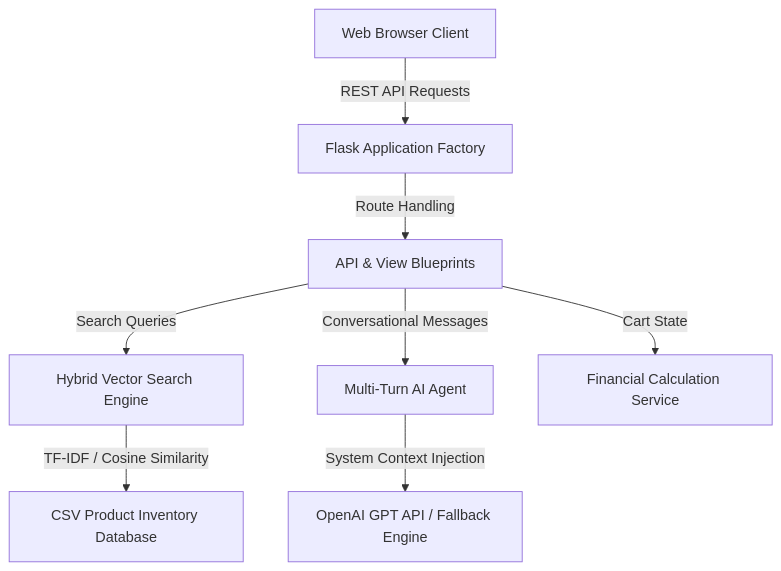
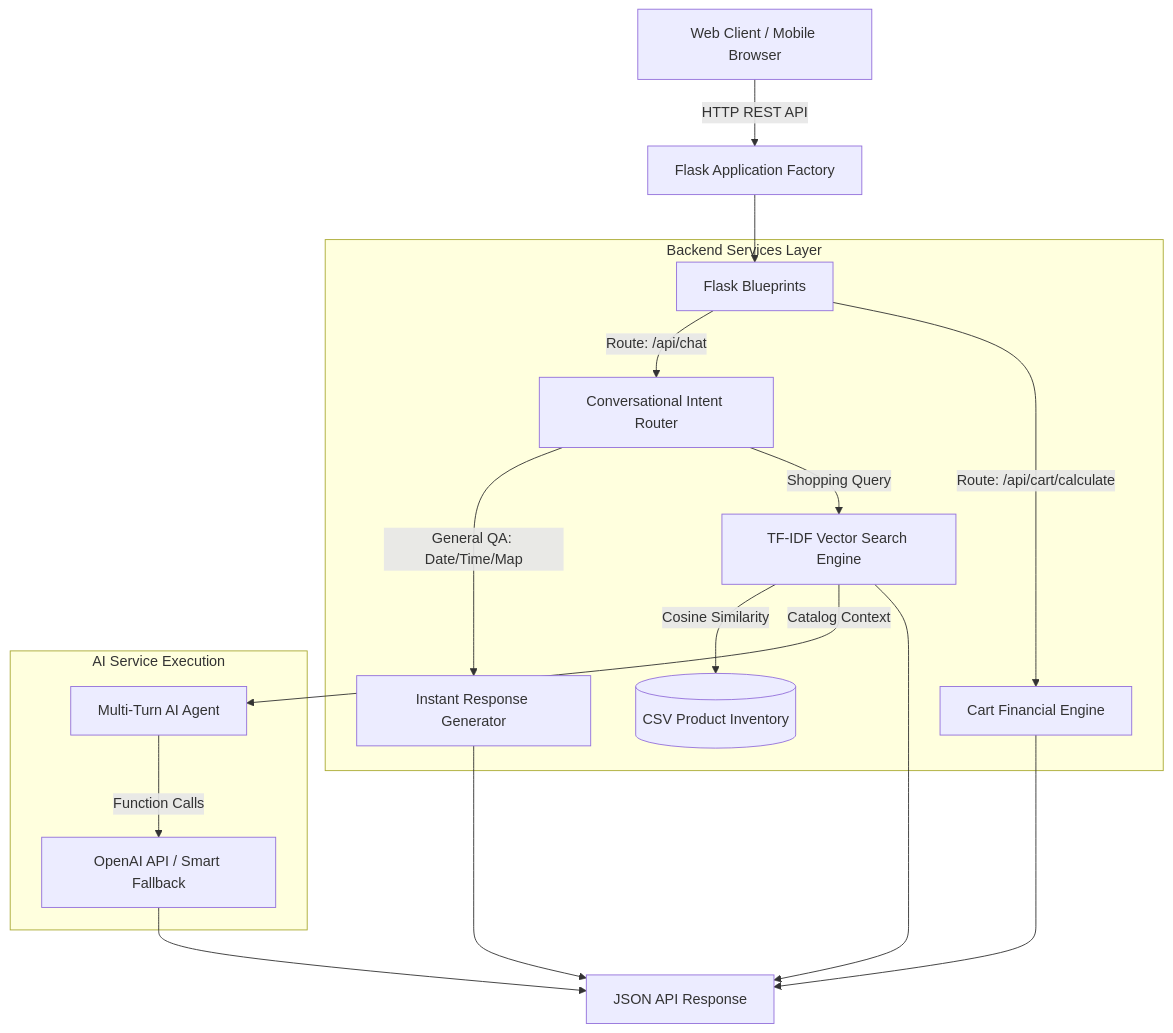
The diagram in README.md (Tanvee1/swift_app), drawn with Mermaid before and after one commit. The commit also changed other lines of this file, not shown here.

Commit message:
Update README.md with enterprise architecture, API schemas, Mermaid diagrams, and design trade-offs

````diff
--- a/README.md
+++ b/README.md
@@ -27,10 +40,23 @@
 ```mermaid
 graph TD
-    User[Web Browser Client] -->|REST API Requests| Flask[Flask Application Factory]
-    Flask -->|Route Handling| Blueprints[API & View Blueprints]
-    Blueprints -->|Search Queries| SearchEngine[Hybrid Vector Search Engine]
-    SearchEngine -->|TF-IDF / Cosine Similarity| Inventory[CSV Product Inventory Database]
-    Blueprints -->|Conversational Messages| AIAgent[Multi-Turn AI Agent]
-    AIAgent -->|System Context Injection| OpenAI[OpenAI GPT API / Fallback Engine]
-    Blueprints -->|Cart State| CartEngine[Financial Calculation Service]
+    Client[Web Client / Mobile Browser] -->|HTTP REST API| FlaskApp[Flask Application Factory]
+    FlaskApp --> Blueprints[Flask Blueprints]
+    
+    subgraph Backend Services Layer
+        Blueprints -->|Route: /api/chat| IntentRouter[Conversational Intent Router]
+        IntentRouter -->|General QA: Date/Time/Map| DirectReply[Instant Response Generator]
+        IntentRouter -->|Shopping Query| VectorSearch[TF-IDF Vector Search Engine]
+        VectorSearch -->|Cosine Similarity| ProductDB[(CSV Product Inventory)]
+        Blueprints -->|Route: /api/cart/calculate| CartService[Cart Financial Engine]
+    end
+    
+    subgraph AI Service Execution
+        VectorSearch -->|Catalog Context| Agent[Multi-Turn AI Agent]
+        Agent -->|Function Calls| OpenAI[OpenAI API / Smart Fallback]
+    end
+
+    DirectReply --> Response[JSON API Response]
+    VectorSearch --> Response
+    OpenAI --> Response
+    CartService --> Response
 ```
````
